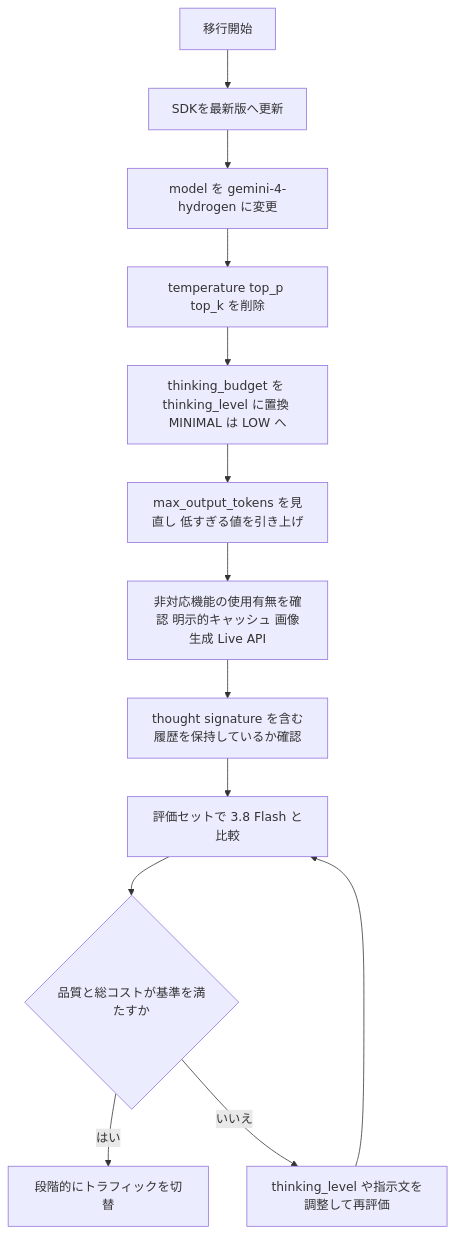
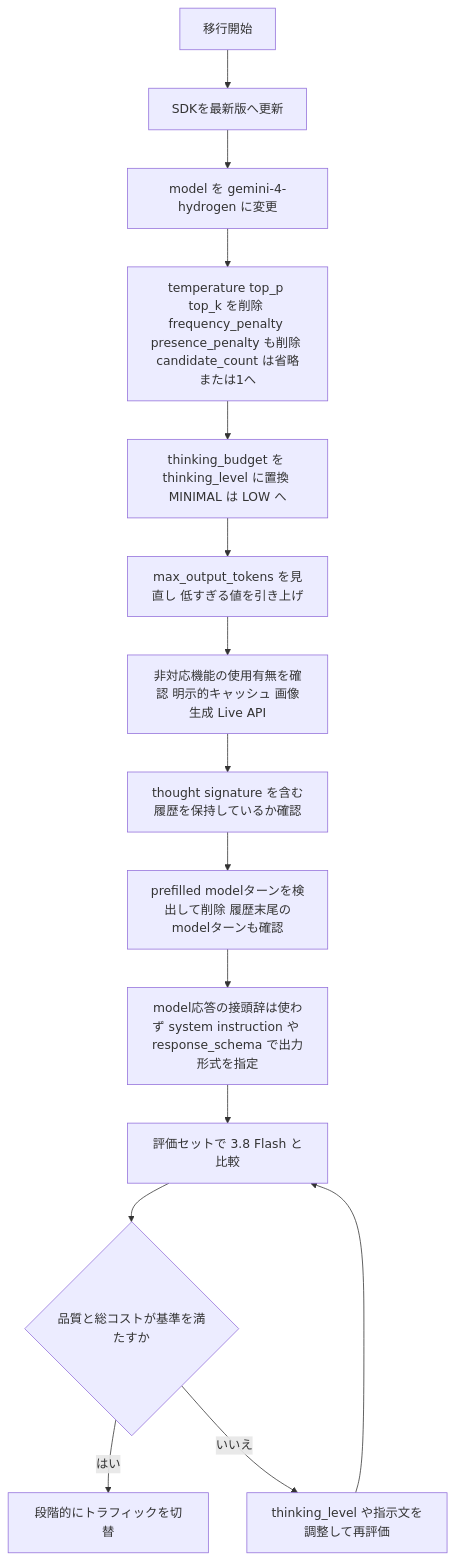
The fourth of 10 diagrams in Gemini-4-hydrogen-guide.md (myoshi2891/Comparison-of-LLMs), drawn with Mermaid before and after one commit. The commit also changed other lines of this file, not shown here.

Commit message:
docs(google): document unsupported parameters, prefill removal, and per-conversation history in Hydrogen guide

````diff
--- a/Gemini-4-hydrogen-guide.md
+++ b/Gemini-4-hydrogen-guide.md
@@ -229,15 +229,17 @@
 ```mermaid
 flowchart TD
     A["移行開始"] --> B["SDKを最新版へ更新"]
     B --> C["model を gemini-4-hydrogen に変更"]
-    C --> D["temperature top_p top_k を削除"]
+    C --> D["temperature top_p top_k を削除 frequency_penalty presence_penalty も削除 candidate_count は省略または1へ"]
     D --> E["thinking_budget を thinking_level に置換 MINIMAL は LOW へ"]
     E --> F["max_output_tokens を見直し 低すぎる値を引き上げ"]
     F --> G["非対応機能の使用有無を確認 明示的キャッシュ 画像生成 Live API"]
     G --> H["thought signature を含む履歴を保持しているか確認"]
-    H --> I["評価セットで 3.8 Flash と比較"]
+    H --> PREFILL["prefilled modelターンを検出して削除 履歴末尾のmodelターンも確認"]
+    PREFILL --> FORMAT["model応答の接頭辞は使わず system instruction や response_schema で出力形式を指定"]
+    FORMAT --> I["評価セットで 3.8 Flash と比較"]
     I --> J{"品質と総コストが基準を満たすか"}
     J -- "はい" --> K["段階的にトラフィックを切替"]
     J -- "いいえ" --> L["thinking_level や指示文を調整して再評価"]
     L --> I
 ```
````
